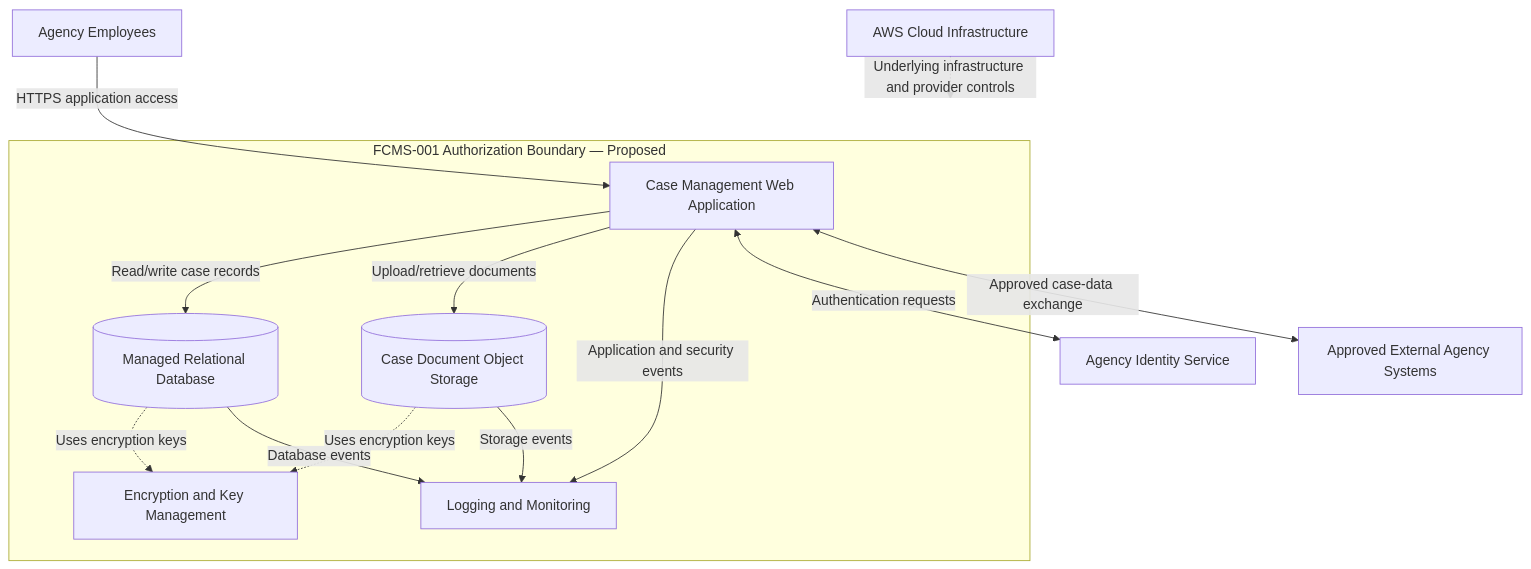
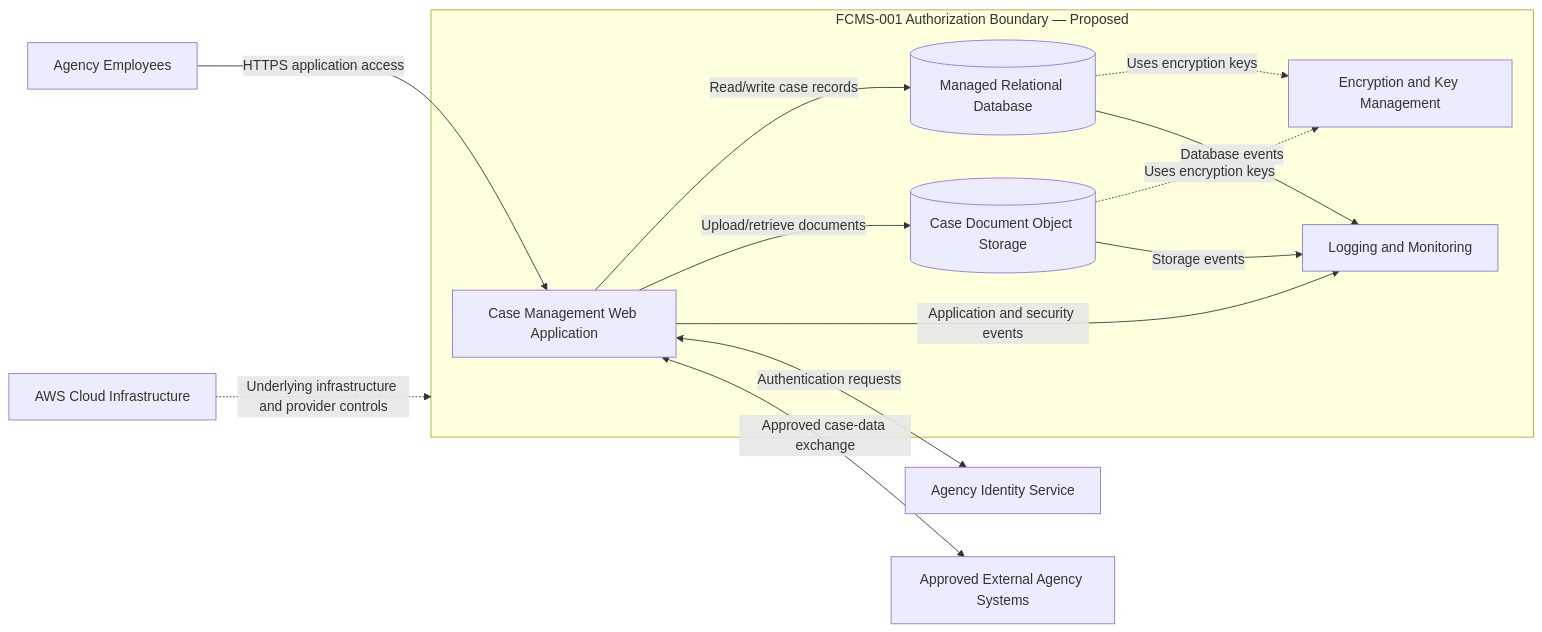
The diagram in docs/diagrams/system-boundary-and-data-flow.md (jridenourx/federal-system-security-assessment-rmf), drawn with Mermaid before and after one commit.

Commit message:
Update system-boundary-and-data-flow.md
Improve system boundary diagram layout

````diff
--- a/docs/diagrams/system-boundary-and-data-flow.md
+++ b/docs/diagrams/system-boundary-and-data-flow.md
@@ -16,30 +16,30 @@
 ```mermaid
-flowchart TB
+flowchart LR
     U["Agency Employees"]
     ID["Agency Identity Service"]
     
     subgraph FCMS["FCMS-001 Authorization Boundary — Proposed"]
         APP["Case Management Web Application"]
         DB[("Managed Relational Database")]
         OBJ[("Case Document Object Storage")]
         KEY["Encryption and Key Management"]
         LOG["Logging and Monitoring"]
         
         APP -->|"Read/write case records"| DB
         APP -->|"Upload/retrieve documents"| OBJ
         DB -.->|"Uses encryption keys"| KEY
         OBJ -.->|"Uses encryption keys"| KEY
         APP -->|"Application and security events"| LOG
         DB -->|"Database events"| LOG
         OBJ -->|"Storage events"| LOG
     end
     
     AWS["AWS Cloud Infrastructure"]
     EXT["Approved External Agency Systems"]
     
     U -->|"HTTPS application access"| APP
     APP <-->|"Authentication requests"| ID
     APP <-->|"Approved case-data exchange"| EXT
     
     AWS -.->|"Underlying infrastructure and provider controls"| FCMS
 ```
````
